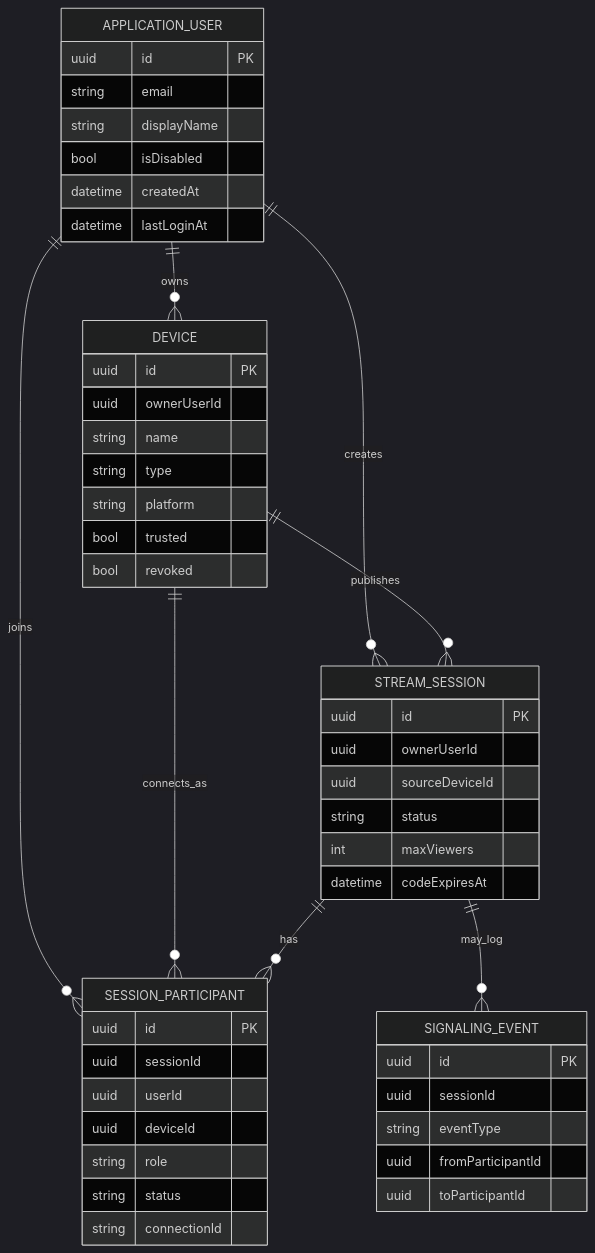
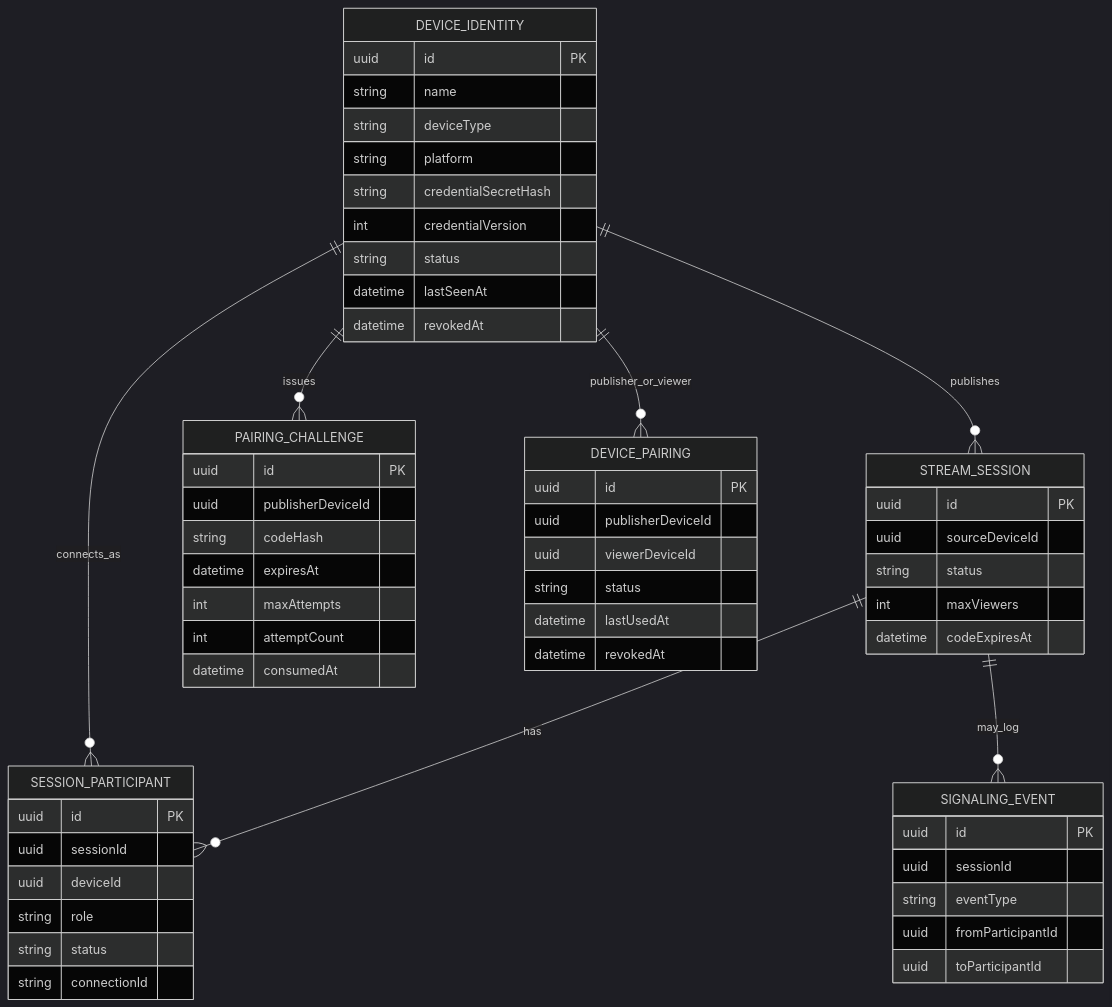
The third of 5 diagrams in docs/architecture.md (vitorhugo-dotnet/dotnet_SonicRelay), drawn with Mermaid (dark theme) before and after one commit. The commit also changed other lines of this file and 15 other files, not shown here.

````diff
--- a/docs/architecture.md
+++ b/docs/architecture.md
@@ -101,52 +105,60 @@
 ```mermaid
 erDiagram
-    APPLICATION_USER ||--o{ DEVICE : owns
-    APPLICATION_USER ||--o{ STREAM_SESSION : creates
-    APPLICATION_USER ||--o{ SESSION_PARTICIPANT : joins
-    DEVICE ||--o{ STREAM_SESSION : publishes
-    DEVICE ||--o{ SESSION_PARTICIPANT : connects_as
+    DEVICE_IDENTITY ||--o{ STREAM_SESSION : publishes
+    DEVICE_IDENTITY ||--o{ SESSION_PARTICIPANT : connects_as
+    DEVICE_IDENTITY ||--o{ PAIRING_CHALLENGE : issues
+    DEVICE_IDENTITY ||--o{ DEVICE_PAIRING : publisher_or_viewer
     STREAM_SESSION ||--o{ SESSION_PARTICIPANT : has
     STREAM_SESSION ||--o{ SIGNALING_EVENT : may_log
 
-    APPLICATION_USER {
+    DEVICE_IDENTITY {
         uuid id PK
-        string email
-        string displayName
-        bool isDisabled
-        datetime createdAt
-        datetime lastLoginAt
+        string name
+        string deviceType
+        string platform
+        string credentialSecretHash
+        int credentialVersion
+        string status
+        datetime lastSeenAt
+        datetime revokedAt
     }
-    DEVICE {
+    PAIRING_CHALLENGE {
         uuid id PK
-        uuid ownerUserId
-        string name
-        string type
-        string platform
-        bool trusted
-        bool revoked
+        uuid publisherDeviceId
+        string codeHash
+        datetime expiresAt
+        int maxAttempts
+        int attemptCount
+        datetime consumedAt
+    }
+    DEVICE_PAIRING {
+        uuid id PK
+        uuid publisherDeviceId
+        uuid viewerDeviceId
+        string status
+        datetime lastUsedAt
+        datetime revokedAt
     }
     STREAM_SESSION {
         uuid id PK
-        uuid ownerUserId
         uuid sourceDeviceId
         string status
         int maxViewers
         datetime codeExpiresAt
     }
     SESSION_PARTICIPANT {
         uuid id PK
         uuid sessionId
-        uuid userId
         uuid deviceId
         string role
         string status
         string connectionId
     }
     SIGNALING_EVENT {
         uuid id PK
         uuid sessionId
         string eventType
         uuid fromParticipantId
         uuid toParticipantId
     }
 ```
````
